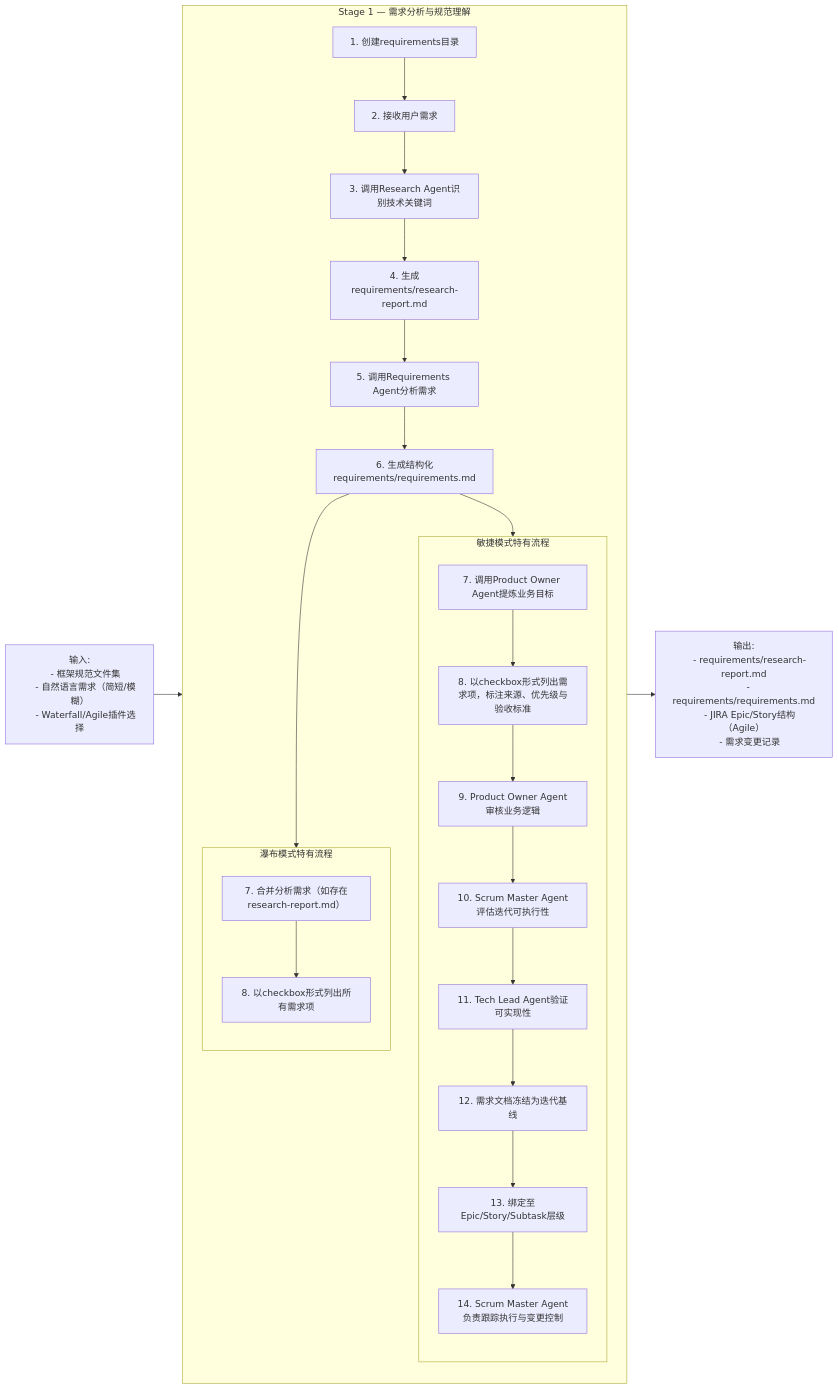
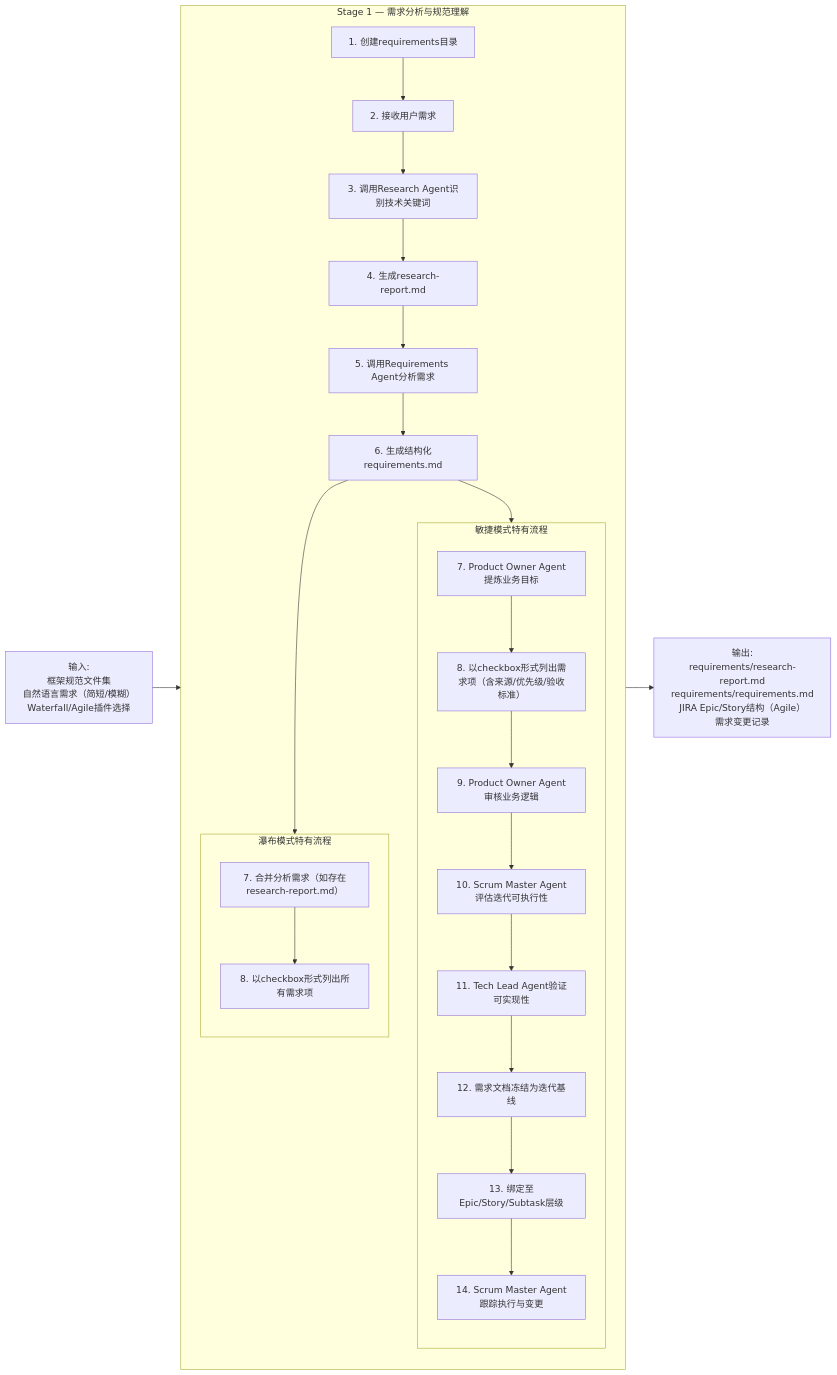
Before and after one commit to ouyangshixiong/context-engineering-zh: the second of 15 diagrams in README.md, drawn with Mermaid. The commit also changed other lines of this file, not shown here.

Commit message:
修复mermaid格式错误

````diff
--- a/README.md
+++ b/README.md
@@ -185,58 +181,52 @@
 ```mermaid
 flowchart LR
 
     %% ================= Stage 1 =================
-    I1["输入:
-    - 框架规范文件集
-    - 自然语言需求（简短/模糊）
-    - Waterfall/Agile插件选择"]
+    I1["输入:<br/>框架规范文件集<br/>自然语言需求（简短/模糊）<br/>Waterfall/Agile插件选择"]
 
-    O1["输出:
-    - requirements/research-report.md
-    - requirements/requirements.md
-    - JIRA Epic/Story结构（Agile）
-    - 需求变更记录"]
+    O1["输出:<br/>requirements/research-report.md<br/>requirements/requirements.md<br/>JIRA Epic/Story结构（Agile）<br/>需求变更记录"]
 
     subgraph S1["Stage 1 — 需求分析与规范理解"]
         direction TB
         
         %% 公共步骤
         Common1["1. 创建requirements目录"]
         Common2["2. 接收用户需求"]
         Common3["3. 调用Research Agent识别技术关键词"]
-        Common4["4. 生成requirements/research-report.md"]
+        Common4["4. 生成research-report.md"]
         Common5["5. 调用Requirements Agent分析需求"]
-        Common6["6. 生成结构化requirements/requirements.md"]
+        Common6["6. 生成结构化requirements.md"]
         
         %% 敏捷模式特有步骤
         subgraph Agile["敏捷模式特有流程"]
             direction TB
-            Agile1["7. 调用Product Owner Agent提炼业务目标"]
-            Agile2["8. 以checkbox形式列出需求项，标注来源、优先级与验收标准"]
+            Agile1["7. Product Owner Agent提炼业务目标"]
+            Agile2["8. 以checkbox形式列出需求项（含来源/优先级/验收标准）"]
             Agile3["9. Product Owner Agent审核业务逻辑"]
             Agile4["10. Scrum Master Agent评估迭代可执行性"]
             Agile5["11. Tech Lead Agent验证可实现性"]
             Agile6["12. 需求文档冻结为迭代基线"]
             Agile7["13. 绑定至Epic/Story/Subtask层级"]
-            Agile8["14. Scrum Master Agent负责跟踪执行与变更控制"]
+            Agile8["14. Scrum Master Agent跟踪执行与变更"]
             
             Agile1 --> Agile2 --> Agile3 --> Agile4 --> Agile5 --> Agile6 --> Agile7 --> Agile8
         end
         
         %% 瀑布模式特有步骤
         subgraph Waterfall["瀑布模式特有流程"]
             direction TB
             Waterfall1["7. 合并分析需求（如存在research-report.md）"]
             Waterfall2["8. 以checkbox形式列出所有需求项"]
             
             Waterfall1 --> Waterfall2
         end
         
         %% 流程连接
         Common1 --> Common2 --> Common3 --> Common4 --> Common5 --> Common6
         Common6 --> Agile
         Common6 --> Waterfall
     end
 
     I1 --> S1 --> O1
+
 ```
````
